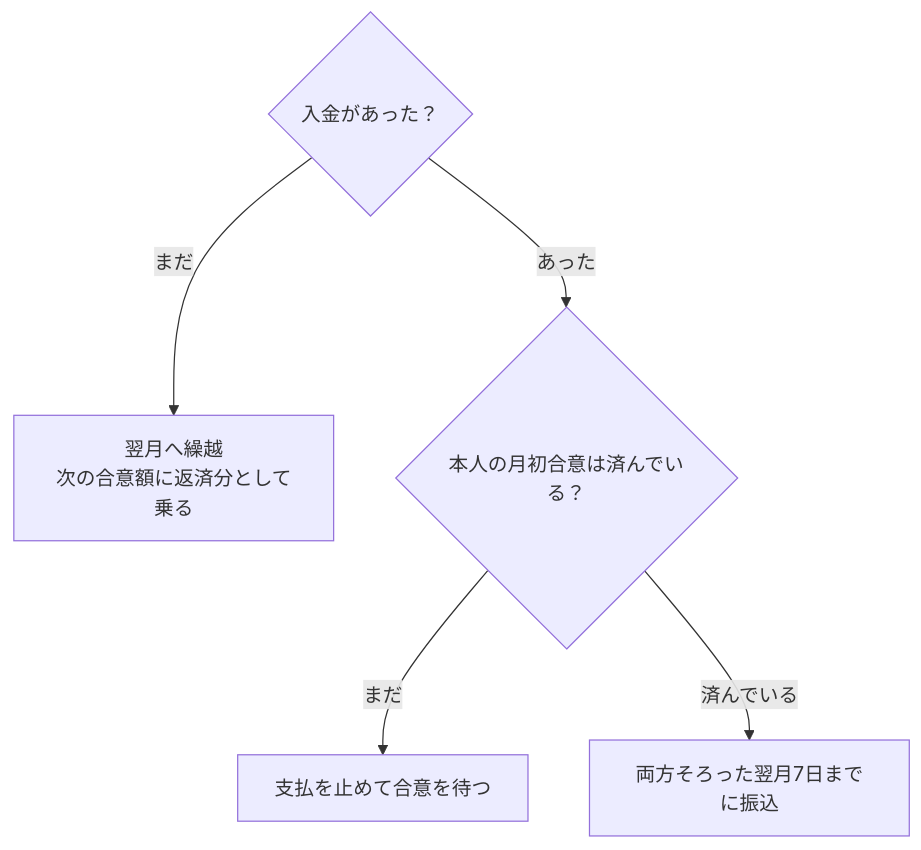
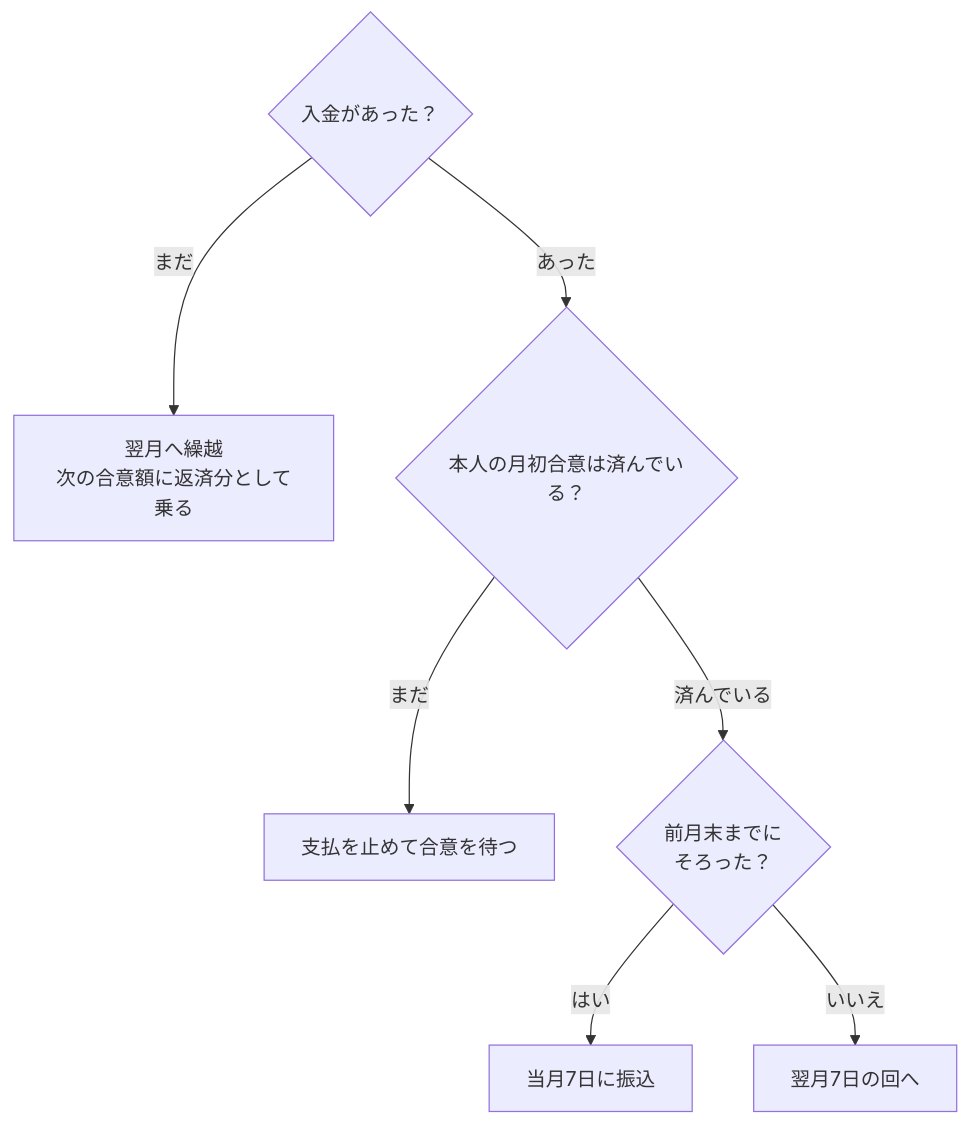
One commit to masa-teamarmada/amd-os changed the second of 6 diagrams in pwa/manual/6-12-member-payout-flow.md. Above: the diagram before and after it, drawn with Mermaid. The commit also changed other lines of this file and 6 other files, not shown here.

````diff
--- a/pwa/manual/6-12-member-payout-flow.md
+++ b/pwa/manual/6-12-member-payout-flow.md
@@ -31,7 +31,9 @@
 ```mermaid
 flowchart TD
   A{"入金があった？"} -- まだ --> B["翌月へ繰越<br/>次の合意額に返済分として乗る"]
   A -- あった --> C{"本人の月初合意は済んでいる？"}
   C -- まだ --> D["支払を止めて合意を待つ"]
-  C -- 済んでいる --> E["両方そろった翌月7日までに振込"]
+  C -- 済んでいる --> E{"前月末までに<br/>そろった？"}
+  E -- はい --> F["当月7日に振込"]
+  E -- いいえ --> G["翌月7日の回へ"]
 ```
````
